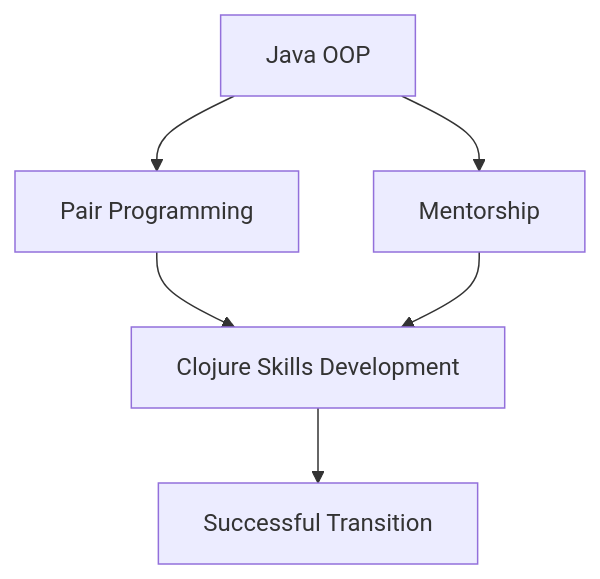
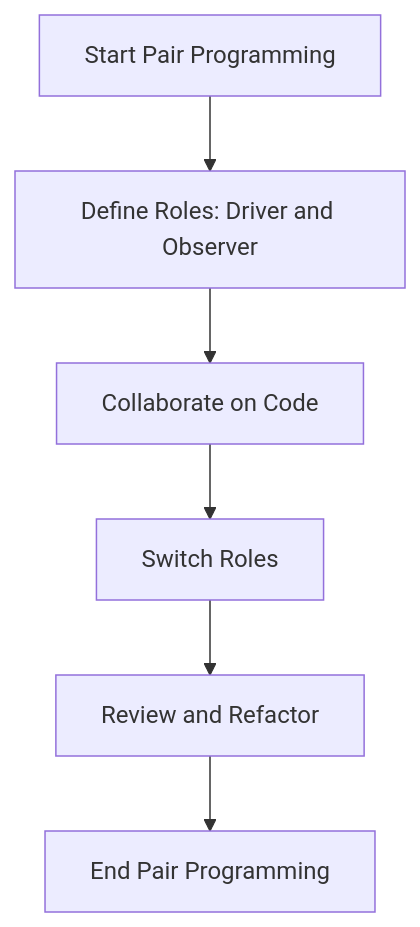
Before and after one commit to MasteryEducation/ClojureForJava.com: the first of 2 diagrams in content/3/16/2/index.md, drawn with Mermaid. The commit also changed other lines of this file and 74 other files, not shown here.

````diff
--- a/content/3/16/2/index.md
+++ b/content/3/16/2/index.md
@@ -144,8 +195,8 @@
 ```mermaid
 graph TD;
-    A[Java OOP] --> B[Pair Programming]
-    A --> C[Mentorship]
-    B --> D[Clojure Skills Development]
-    C --> D
-    D --> E[Successful Transition]
+    A[Start Pair Programming] --> B[Define Roles: Driver and Observer];
+    B --> C[Collaborate on Code];
+    C --> D[Switch Roles];
+    D --> E[Review and Refactor];
+    E --> F[End Pair Programming];
 ```
````
